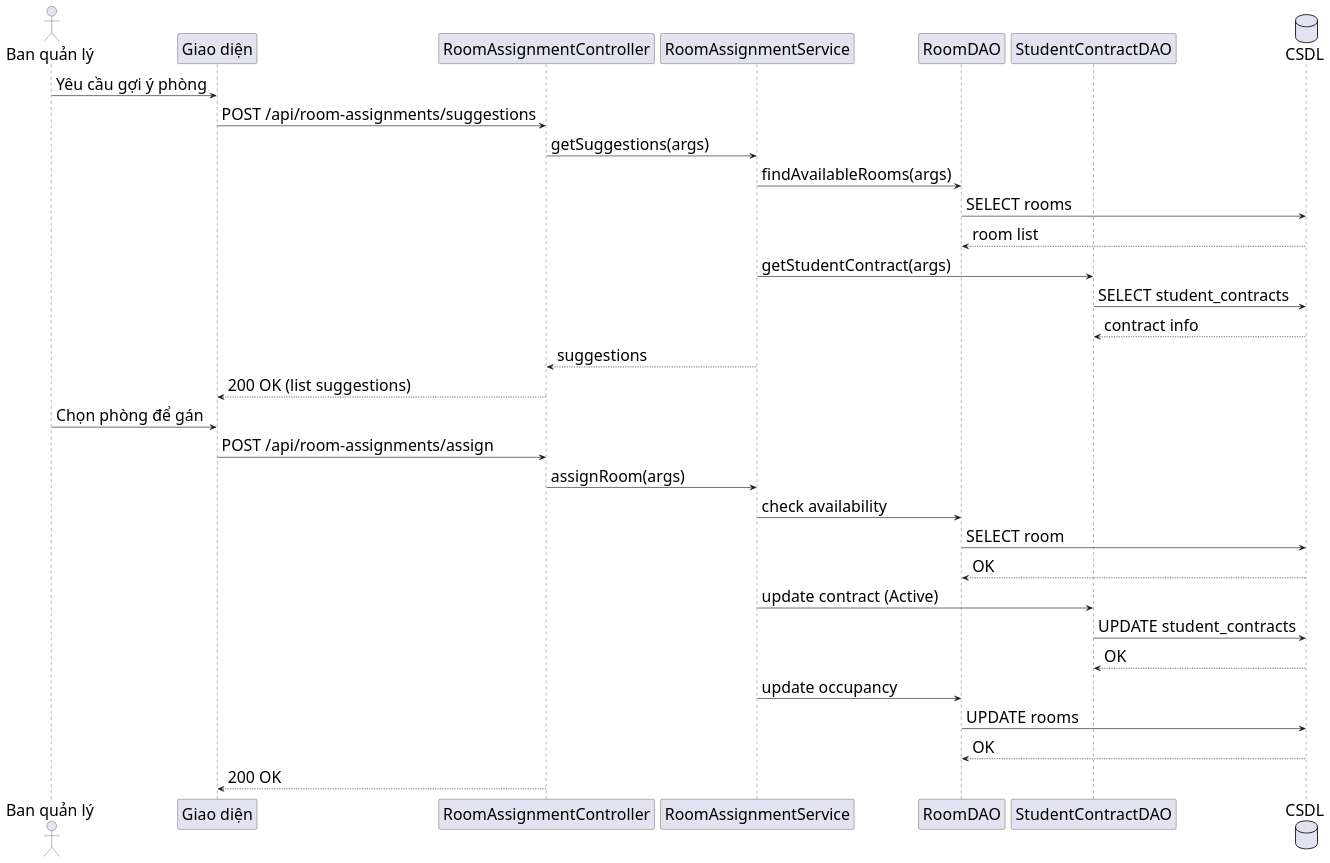
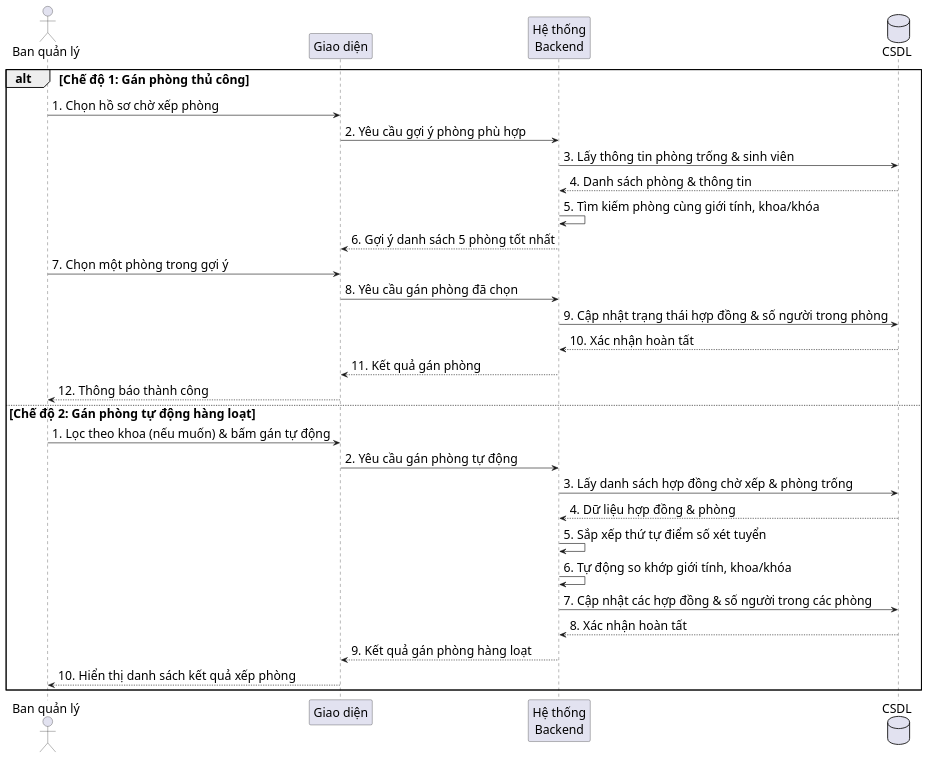
Before and after one commit to s0nbuildtech287/dormitory-frontend: the diagram in diagrams/nhomphonghopdong/room_assignment_sequence.puml, drawn with PlantUML. The commit also changed 2 other files, not shown here.

```diff
--- a/diagrams/nhomphonghopdong/room_assignment_sequence.puml
+++ b/diagrams/nhomphonghopdong/room_assignment_sequence.puml
@@ -1,38 +1,37 @@
 @startuml "Room Assignment Sequence"
-skinparam defaultFontSize 26
+skinparam defaultFontSize 20
 skinparam defaultFontName "Times New Roman"
-skinparam sequenceMessageSize 26
+skinparam sequenceMessageSize 20
+
 actor "Ban quản lý" as Admin
 participant "Giao diện" as FE
-participant "RoomAssignmentController" as RAC
-participant "RoomAssignmentService" as RAS
-participant "RoomDAO" as RoomDAO
-participant "StudentContractDAO" as SCDAO
+participant "Hệ thống\nBackend" as BE
 database "CSDL" as DB
 
-Admin -> FE: Yêu cầu gợi ý phòng
-FE -> RAC: POST /api/room-assignments/suggestions
-RAC -> RAS: getSuggestions(args)
-RAS -> RoomDAO: findAvailableRooms(args)
-RoomDAO -> DB: SELECT rooms
-DB --> RoomDAO: room list
-RAS -> SCDAO: getStudentContract(args)
-SCDAO -> DB: SELECT student_contracts
-DB --> SCDAO: contract info
-RAS --> RAC: suggestions
-RAC --> FE: 200 OK (list suggestions)
+alt Chế độ 1: Gán phòng thủ công
+  Admin -> FE: 1. Chọn hồ sơ chờ xếp phòng
+  FE -> BE: 2. Yêu cầu gợi ý phòng phù hợp
+  BE -> DB: 3. Lấy thông tin phòng trống & sinh viên
+  DB --> BE: 4. Danh sách phòng & thông tin
+  BE -> BE: 5. Tìm kiếm phòng cùng giới tính, khoa/khóa
+  BE --> FE: 6. Gợi ý danh sách 5 phòng tốt nhất
+  Admin -> FE: 7. Chọn một phòng trong gợi ý
+  FE -> BE: 8. Yêu cầu gán phòng đã chọn
+  BE -> DB: 9. Cập nhật trạng thái hợp đồng & số người trong phòng
+  DB --> BE: 10. Xác nhận hoàn tất
+  BE --> FE: 11. Kết quả gán phòng
+  FE --> Admin: 12. Thông báo thành công
 
-Admin -> FE: Chọn phòng để gán
-FE -> RAC: POST /api/room-assignments/assign
-RAC -> RAS: assignRoom(args)
-RAS -> RoomDAO: check availability
-RoomDAO -> DB: SELECT room
-DB --> RoomDAO: OK
-RAS -> SCDAO: update contract (Active)
-SCDAO -> DB: UPDATE student_contracts
-DB --> SCDAO: OK
-RAS -> RoomDAO: update occupancy
-RoomDAO -> DB: UPDATE rooms
-DB --> RoomDAO: OK
-RAC --> FE: 200 OK
+else Chế độ 2: Gán phòng tự động hàng loạt
+  Admin -> FE: 1. Lọc theo khoa (nếu muốn) & bấm gán tự động
+  FE -> BE: 2. Yêu cầu gán phòng tự động
+  BE -> DB: 3. Lấy danh sách hợp đồng chờ xếp & phòng trống
+  DB --> BE: 4. Dữ liệu hợp đồng & phòng
+  BE -> BE: 5. Sắp xếp thứ tự điểm số xét tuyển
+  BE -> BE: 6. Tự động so khớp giới tính, khoa/khóa
+  BE -> DB: 7. Cập nhật các hợp đồng & số người trong các phòng
+  DB --> BE: 8. Xác nhận hoàn tất
+  BE --> FE: 9. Kết quả gán phòng hàng loạt
+  FE --> Admin: 10. Hiển thị danh sách kết quả xếp phòng
+end
 @enduml
```
